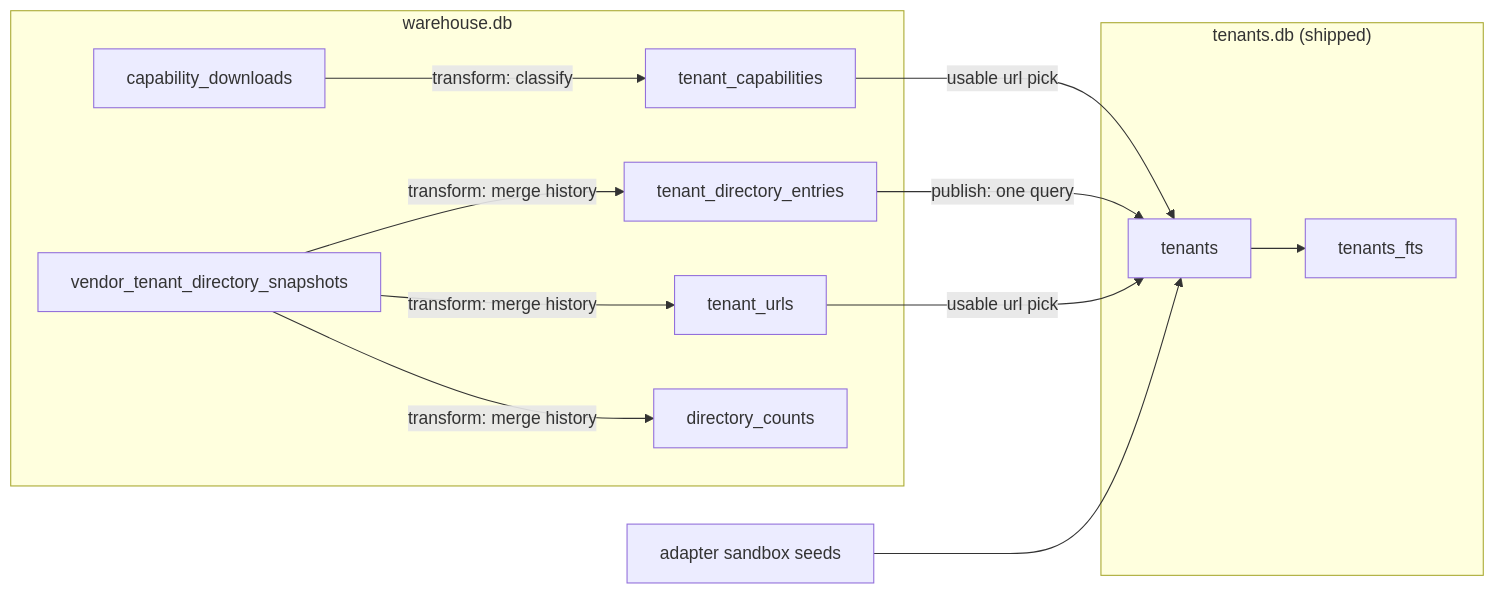
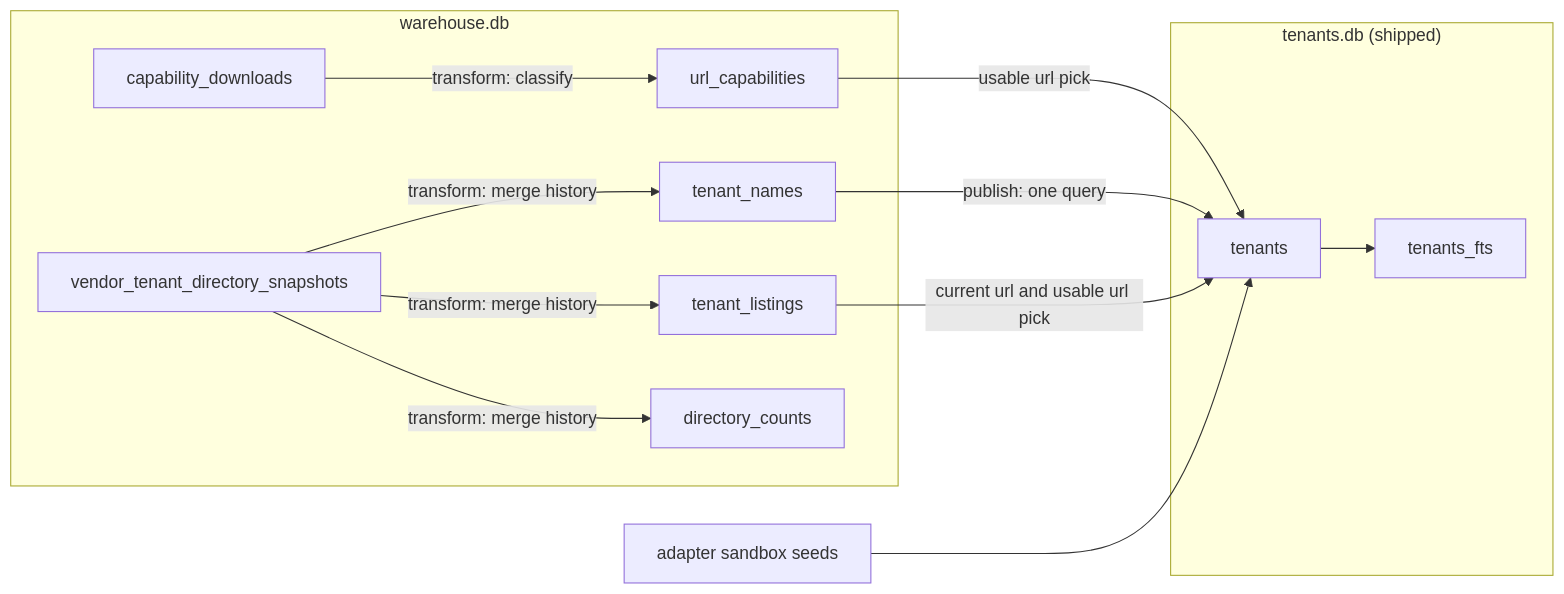
One commit to cfu288/mere-medical changed the second of 2 diagrams in libs/emr-pipeline/README.md. Above: the diagram before and after it, drawn with Mermaid. The commit also changed other lines of this file and 7 other files, not shown here.

Commit message:
refactor(emr-pipeline): normalize the derived layer into names, listings, and capabilities

````diff
--- a/libs/emr-pipeline/README.md
+++ b/libs/emr-pipeline/README.md
@@ -184,24 +191,24 @@
 ```mermaid
 flowchart LR
   subgraph warehouse["warehouse.db"]
     caps[capability_downloads]
     snaps[vendor_tenant_directory_snapshots]
-    tde[tenant_directory_entries]
-    turl[tenant_urls]
-    tc[tenant_capabilities]
+    names[tenant_names]
+    listings[tenant_listings]
+    ucap[url_capabilities]
     dobs[directory_counts]
   end
   subgraph artifact["tenants.db (shipped)"]
     t[tenants]
     fts[tenants_fts]
   end
   seeds[adapter sandbox seeds]
 
-  snaps -- "transform: merge history" --> tde & turl & dobs
-  caps -- "transform: classify" --> tc
-  tde -- "publish: one query" --> t
-  turl -- "usable url pick" --> t
-  tc -- "usable url pick" --> t
+  snaps -- "transform: merge history" --> names & listings & dobs
+  caps -- "transform: classify" --> ucap
+  names -- "publish: one query" --> t
+  listings -- "current url and usable url pick" --> t
+  ucap -- "usable url pick" --> t
   seeds --> t
   t --> fts
 ```
````
